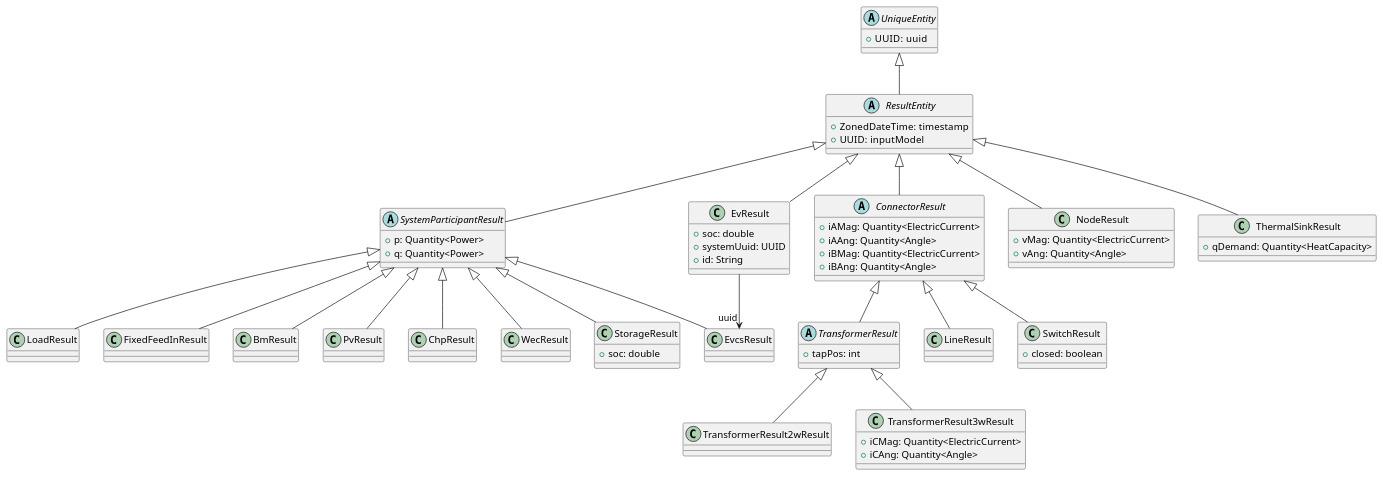
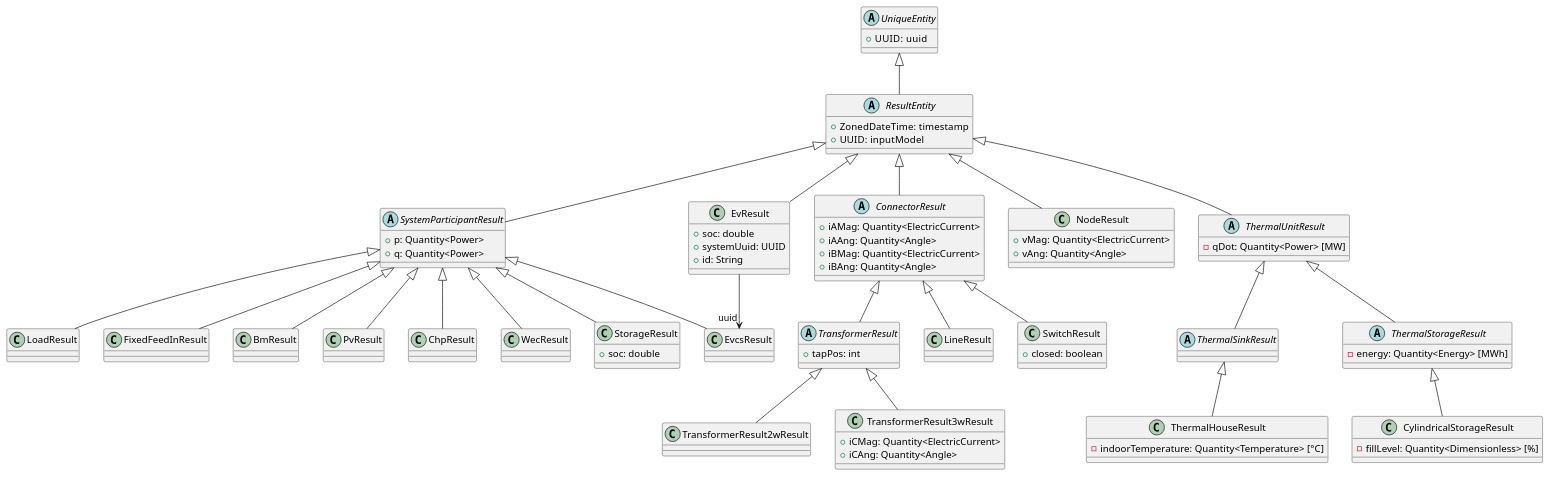
Before and after one commit to ie3-institute/PowerSystemDataModel: the diagram in docs/uml/OutputDatamodelConcept.puml, drawn with PlantUML.

Commit message:
Documenting structure in uml diagram

```diff
--- a/docs/uml/OutputDatamodelConcept.puml
+++ b/docs/uml/OutputDatamodelConcept.puml
@@ -1,104 +1,122 @@
 @startuml
 
 abstract Class UniqueEntity{
     + UUID:  uuid
 }
 
 abstract Class ResultEntity{
     + ZonedDateTime:  timestamp
     + UUID:  inputModel
 }
 
 abstract Class SystemParticipantResult{
     + p: Quantity<Power>
     + q: Quantity<Power>
 }
 
 abstract Class ConnectorResult{
     + iAMag: Quantity<ElectricCurrent>
     + iAAng: Quantity<Angle>
     + iBMag: Quantity<ElectricCurrent>
     + iBAng: Quantity<Angle>
 }
 
 abstract Class TransformerResult{
     + tapPos: int
 }
 
 Class NodeResult{
     + vMag: Quantity<ElectricCurrent>
     + vAng: Quantity<Angle>
 }
 
 Class LineResult{
 
 }
 
 Class TransformerResult2wResult{
 }
 
 Class TransformerResult3wResult{
     + iCMag: Quantity<ElectricCurrent>
     + iCAng: Quantity<Angle>
 }
 
 Class LoadResult
 
 Class FixedFeedInResult
 
 
 Class BmResult
 
 
 Class PvResult
 
 
 Class ChpResult
 
 
 Class WecResult
 
-Class ThermalSinkResult{
-    + qDemand: Quantity<HeatCapacity>
+Abstract Class ThermalUnitResult {
+    - qDot: Quantity<Power> [MW]
+}
+
+Abstract Class ThermalSinkResult
+
+Class ThermalHouseResult {
+    - indoorTemperature: Quantity<Temperature> [°C]
+}
+
+Abstract Class ThermalStorageResult {
+    - energy: Quantity<Energy> [MWh]
+}
+
+Class CylindricalStorageResult {
+  - fillLevel: Quantity<Dimensionless> [%]
 }
 
 Class EvcsResult
 
 
 Class EvResult{
     + soc: double
     + systemUuid: UUID
     + id: String
 }
 
 Class StorageResult{
     + soc: double
 }
 
 Class SwitchResult{
     + closed: boolean
 }
 
 UniqueEntity <|-- ResultEntity
 ResultEntity <|-- ConnectorResult
 ResultEntity <|-- SystemParticipantResult
 ResultEntity <|-- NodeResult
 ResultEntity <|-- EvResult
-ResultEntity <|-- ThermalSinkResult
+ResultEntity <|-- ThermalUnitResult
 SystemParticipantResult <|-- FixedFeedInResult
 SystemParticipantResult <|-- BmResult
 SystemParticipantResult <|-- PvResult
 SystemParticipantResult <|-- ChpResult
 SystemParticipantResult <|-- WecResult
 SystemParticipantResult <|-- EvcsResult
 SystemParticipantResult <|-- StorageResult
 SystemParticipantResult <|-- LoadResult
+ThermalUnitResult <|-- ThermalSinkResult
+ThermalUnitResult <|-- ThermalStorageResult
+ThermalSinkResult <|-- ThermalHouseResult
+ThermalStorageResult <|-- CylindricalStorageResult
 ConnectorResult <|-- SwitchResult
 EvResult --> "uuid" EvcsResult
 
 ConnectorResult <|-- LineResult
 ConnectorResult <|-- TransformerResult
 TransformerResult <|-- TransformerResult2wResult
 TransformerResult <|-- TransformerResult3wResult
 
 @enduml
```
